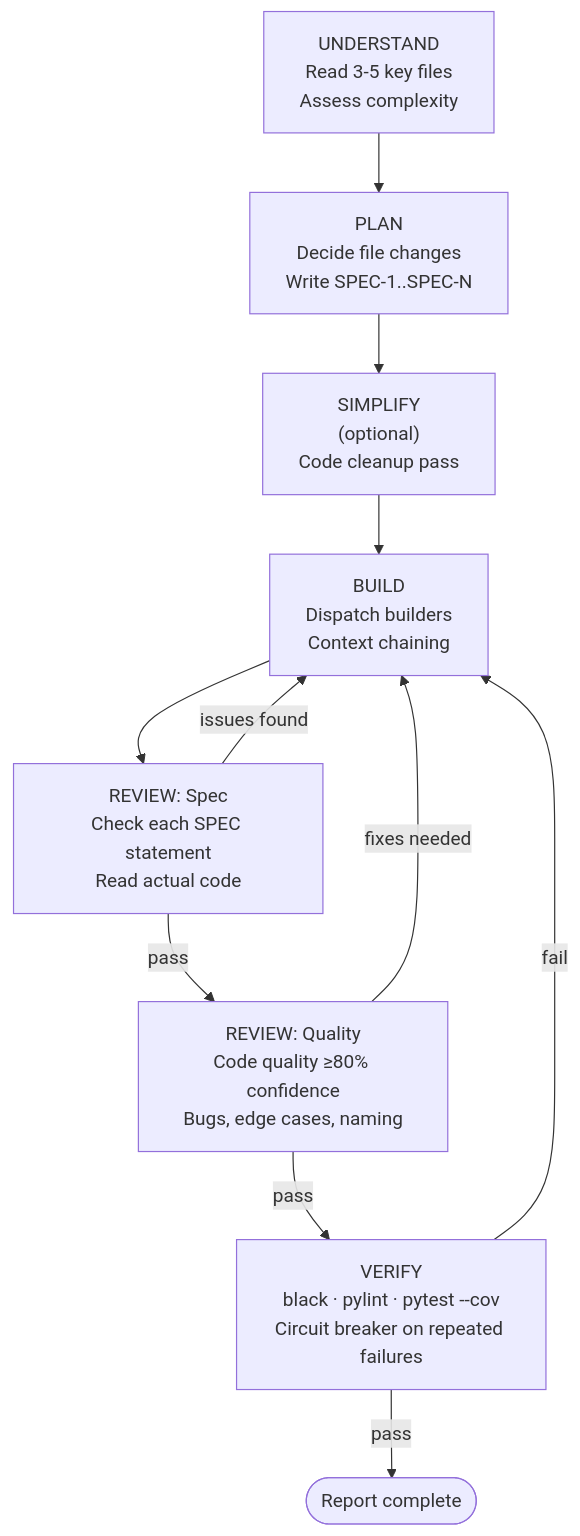
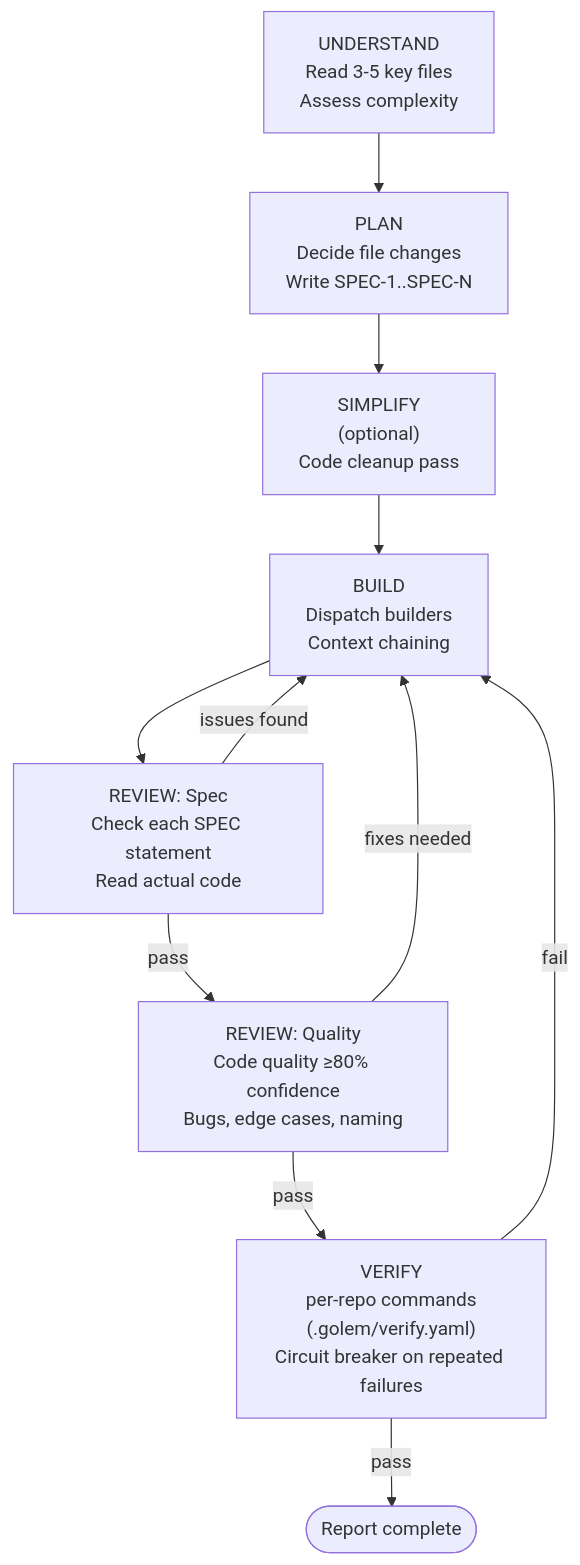
Before and after one commit to itsmeboris/Golem: the first of 2 diagrams in docs/wiki/Sub-Agents.md, drawn with Mermaid. The commit also changed 10 other files, not shown here.

````diff
--- a/docs/wiki/Sub-Agents.md
+++ b/docs/wiki/Sub-Agents.md
@@ -20,13 +20,13 @@
 ```mermaid
 flowchart TD
     U["UNDERSTAND\nRead 3-5 key files\nAssess complexity"] --> P["PLAN\nDecide file changes\nWrite SPEC-1..SPEC-N"]
     P --> SIM["SIMPLIFY\n(optional)\nCode cleanup pass"]
     SIM --> B["BUILD\nDispatch builders\nContext chaining"]
     B --> SR["REVIEW: Spec\nCheck each SPEC statement\nRead actual code"]
     SR -- "issues found" --> B
     SR -- pass --> QR["REVIEW: Quality\nCode quality ≥80% confidence\nBugs, edge cases, naming"]
     QR -- "fixes needed" --> B
-    QR -- pass --> V["VERIFY\nblack · pylint · pytest --cov\nCircuit breaker on repeated failures"]
+    QR -- pass --> V["VERIFY\nper-repo commands\n(.golem/verify.yaml)\nCircuit breaker on repeated failures"]
     V -- fail --> B
     V -- pass --> Done(["Report complete"])
 ```
````
